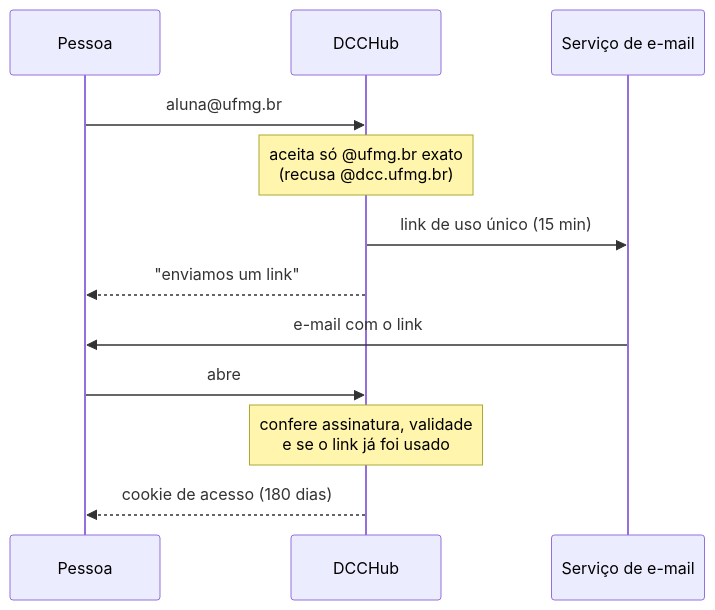
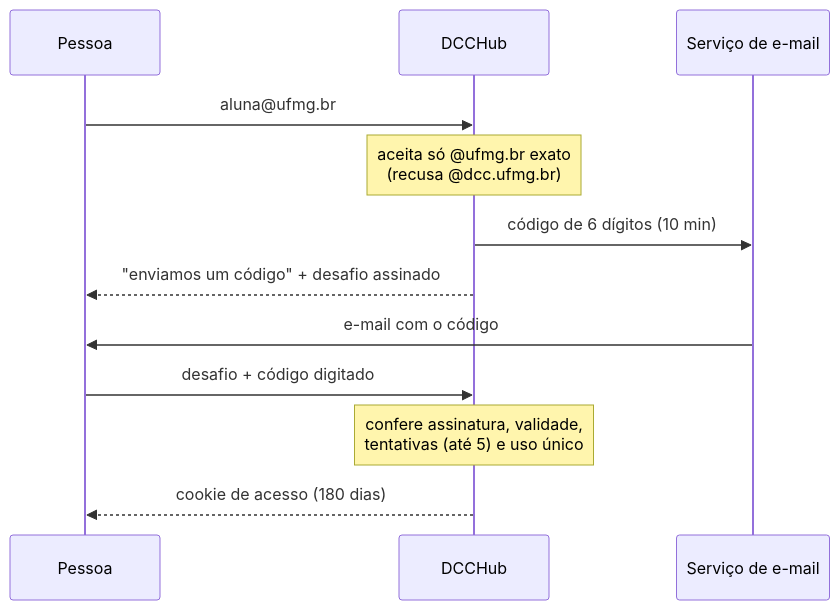
One commit to amaralthalesalves/dcchub changed the diagram in docs/comunidade-e-privacidade.md. Above: the diagram before and after it, drawn with Mermaid. The commit also changed other lines of this file and 11 other files, not shown here.

First line of the commit message:
Login por e-mail com código de 6 dígitos em vez de link mágico

````diff
--- a/docs/comunidade-e-privacidade.md
+++ b/docs/comunidade-e-privacidade.md
@@ -18,14 +18,14 @@
 ```mermaid
 sequenceDiagram
   participant P as Pessoa
   participant S as DCCHub
   participant E as Serviço de e-mail
   P->>S: aluna@ufmg.br
   Note over S: aceita só @ufmg.br exato<br>(recusa @dcc.ufmg.br)
-  S->>E: link de uso único (15 min)
-  S-->>P: "enviamos um link"
-  E->>P: e-mail com o link
-  P->>S: abre #/entrar?t=…
-  Note over S: confere assinatura, validade<br>e se o link já foi usado
+  S->>E: código de 6 dígitos (10 min)
+  S-->>P: "enviamos um código" + desafio assinado
+  E->>P: e-mail com o código
+  P->>S: desafio + código digitado
+  Note over S: confere assinatura, validade,<br>tentativas (até 5) e uso único
   S-->>P: cookie de acesso (180 dias)
 ```
````
